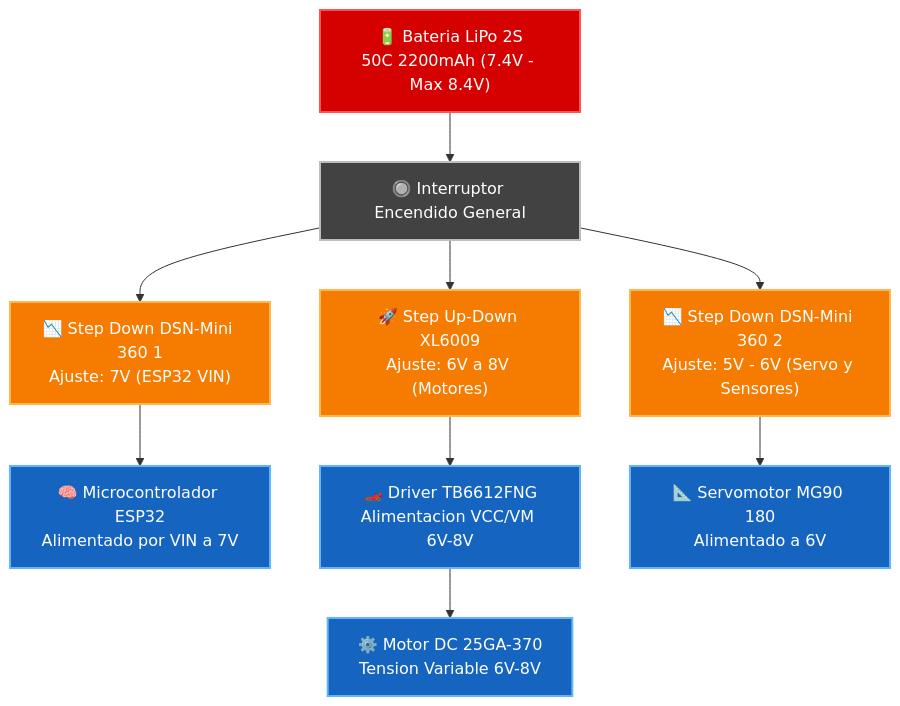
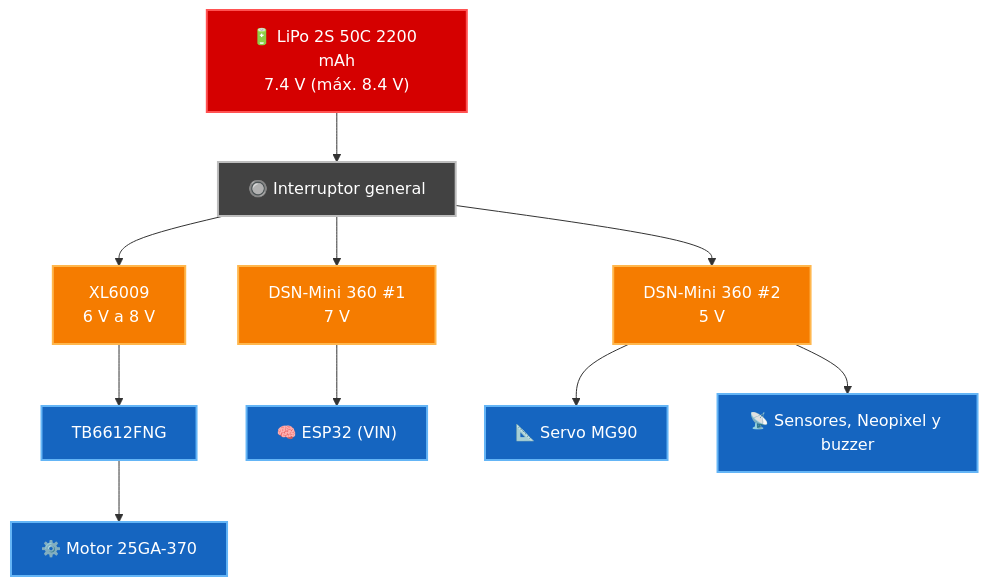
Before and after one commit to erchivox/Prometheus-Team-2026: the first of 6 diagrams in README.md, drawn with Mermaid. The commit also changed other lines of this file, not shown here.

````diff
--- a/README.md
+++ b/README.md
@@ -206,31 +180,27 @@
 ```mermaid
 graph TD
     classDef bat fill:#d50000,stroke:#ff5252,stroke-width:2px,color:#fff;
     classDef sw fill:#424242,stroke:#bdbdbd,stroke-width:2px,color:#fff;
     classDef reg fill:#f57c00,stroke:#ffb74d,stroke-width:2px,color:#fff;
     classDef load fill:#1565c0,stroke:#64b5f6,stroke-width:2px,color:#fff;
 
-    BAT["🔋 Bateria LiPo 2S<br>50C 2200mAh (7.4V - Max 8.4V)"]:::bat
-    SW["🔘 Interruptor Encendido General"]:::sw
+    BAT["🔋 LiPo 2S 50C 2200 mAh<br>7.4 V (máx. 8.4 V)"]:::bat
+    SW["🔘 Interruptor general"]:::sw
 
-    XL["🚀 Step Up-Down XL6009<br>Ajuste: 6V a 8V (Motores)"]:::reg
-    SD1["📉 Step Down DSN-Mini 360 1<br>Ajuste: 7V (ESP32 VIN)"]:::reg
-    SD2["📉 Step Down DSN-Mini 360 2<br>Ajuste: 5V - 6V (Servo y Sensores)"]:::reg
+    XL["XL6009<br>6 V a 8 V"]:::reg
+    SD1["DSN-Mini 360 #1<br>7 V"]:::reg
+    SD2["DSN-Mini 360 #2<br>5 V"]:::reg
 
-    ESP32["🧠 Microcontrolador ESP32<br>Alimentado por VIN a 7V"]:::load
-    DRIVER["🏎️ Driver TB6612FNG<br>Alimentacion VCC/VM 6V-8V"]:::load
-    MOTOR["⚙️ Motor DC 25GA-370<br>Tension Variable 6V-8V"]:::load
-    SERVO["📐 Servomotor MG90 180<br>Alimentado a 6V"]:::load
+    DRIVER["TB6612FNG"]:::load
+    MOTOR["⚙️ Motor 25GA-370"]:::load
+    ESP32["🧠 ESP32 (VIN)"]:::load
+    SERVO["📐 Servo MG90"]:::load
+    SENS["📡 Sensores, Neopixel y buzzer"]:::load
 
     BAT --> SW
-
-    SW --> XL
-    SW --> SD1
+    SW --> XL --> DRIVER --> MOTOR
+    SW --> SD1 --> ESP32
     SW --> SD2
-
-    XL --> DRIVER
-    DRIVER --> MOTOR
-
-    SD1 --> ESP32
     SD2 --> SERVO
+    SD2 --> SENS
 ```
````
